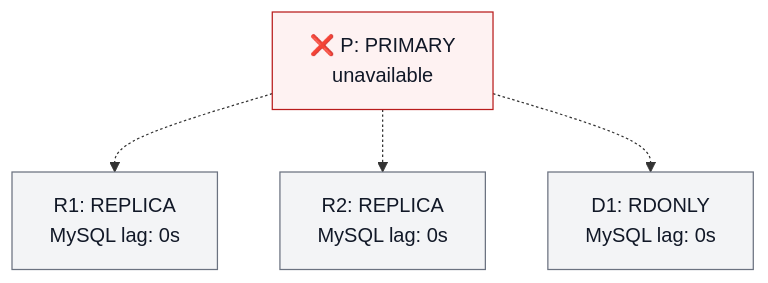
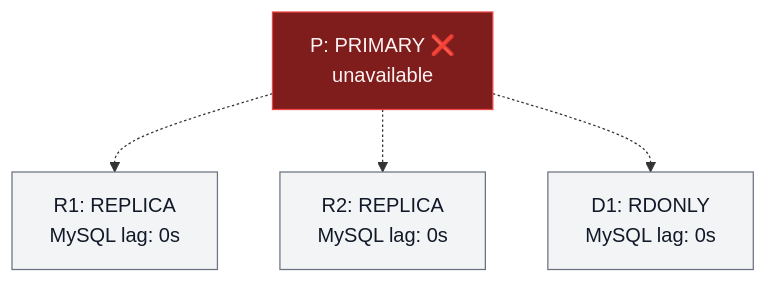
The first of 3 diagrams in content/en/blog/2026-09-24-hardening-emergency-reparent-shard.md (vitessio/website), drawn with Mermaid before and after one commit. The commit also changed other lines of this file, not shown here.

Commit message:
Align ERS diagram status styling

````diff
--- a/content/en/blog/2026-09-24-hardening-emergency-reparent-shard.md
+++ b/content/en/blog/2026-09-24-hardening-emergency-reparent-shard.md
@@ -21,14 +21,14 @@
 ```mermaid
 graph TD
-    P["❌ P: PRIMARY<br/>unavailable"]
+    P["P: PRIMARY ❌<br/>unavailable"]
     R1["R1: REPLICA<br/>MySQL lag: 0s"]
     R2["R2: REPLICA<br/>MySQL lag: 0s"]
     D1["D1: RDONLY<br/>MySQL lag: 0s"]
     P -.-> R1
     P -.-> R2
     P -.-> D1
 
     classDef default fill:#f3f4f6,stroke:#6b7280,color:#111827
-    classDef unavailable fill:#fef2f2,stroke:#b91c1c,color:#111827
+    classDef unavailable fill:#7f1d1d,stroke:#ef4444,color:#fef2f2
     class P unavailable
 ```
````
